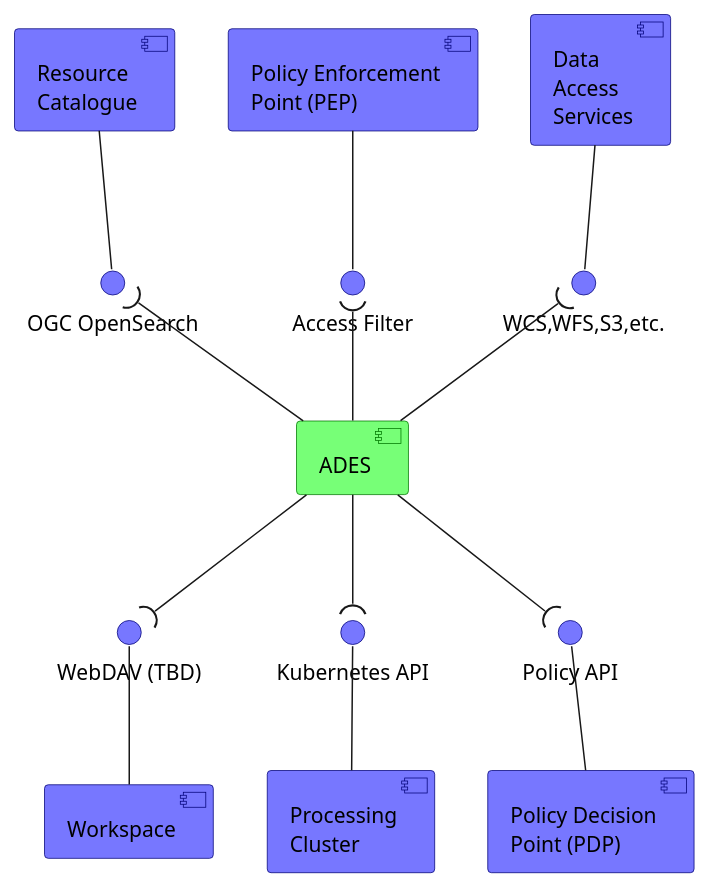
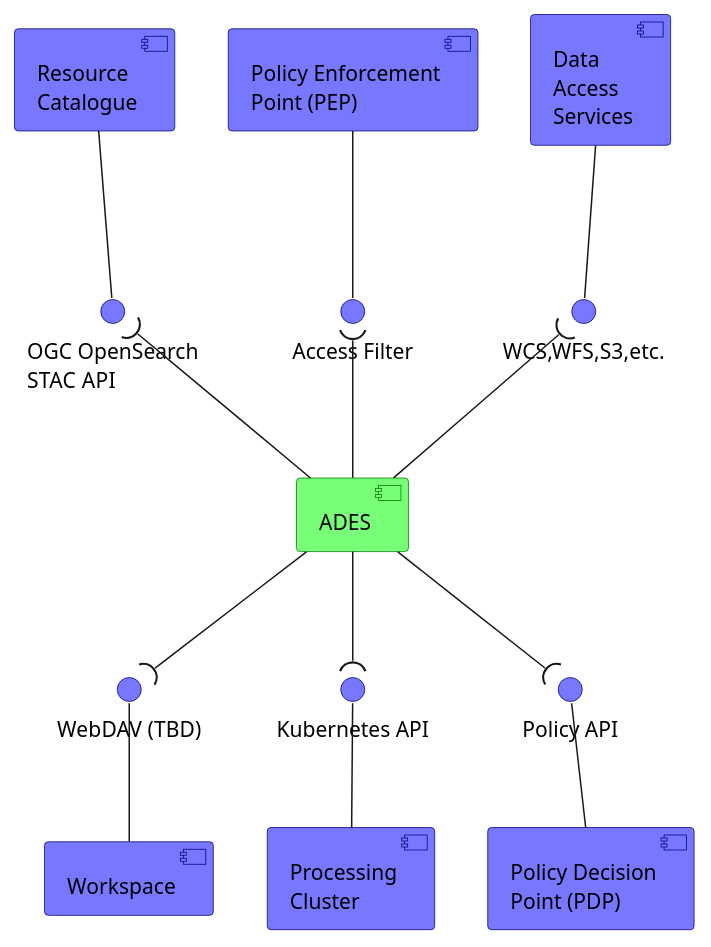
One commit to EOEPCA/master-system-icd changed the diagram in docs/04.processing-chaining/include/ades-required-interfaces.wsd. Above: the diagram before and after it, drawn with PlantUML. The commit also changed 3 other files, not shown here.

```diff
--- a/docs/04.processing-chaining/include/ades-required-interfaces.wsd
+++ b/docs/04.processing-chaining/include/ades-required-interfaces.wsd
@@ -1,52 +1,52 @@
 @startuml component
 
 hide stereotype
 
 component "Policy Enforcement\nPoint (PEP)" as pep <<provider>>
 () "Access Filter" as pepauth <<consumed>>
 pep -down- pepauth
 
 component "Resource\nCatalogue" as catalog <<provider>>
-() "OGC OpenSearch" as opensearch <<consumed>>
+() "OGC OpenSearch\nSTAC API" as opensearch <<consumed>>
 catalog -down- opensearch
 
 component "Data\nAccess\nServices" as dataaccess <<provider>>
 () "WCS,WFS,S3,etc." as dataserve <<consumed>>
 dataaccess -down- dataserve
 
 component "Policy Decision\nPoint (PDP)" as pdp <<provider>>
 () "Policy API" as policyapi <<consumed>>
 pdp -up- policyapi
 
 component [Processing\nCluster] as proccluster <<provider>>
 () "Kubernetes API" as kubeapi <<consumed>>
 proccluster -up- kubeapi
 
 component "Workspace" as workspace <<provider>>
 () "WebDAV (TBD)" as wsapi <<consumed>>
 workspace -up- wsapi
 
 component "ADES" as ades <<ades>>
 ades -up-( pepauth
 ades -up-( opensearch
 ades -up-( dataserve
 ades -down-( kubeapi
 ades -down-( policyapi
 ades -down-( wsapi
 
 skinparam component<<ades>> {
     BackgroundColor #77ff77
     BorderColor #007700
 }
 
 skinparam interface<<consumed>> {
     BackgroundColor #7777ff
     BorderColor #000077
 }
 
 skinparam component<<provider>> {
     BackgroundColor #7777ff
     BorderColor #000077
 }
 
 @enduml
```
